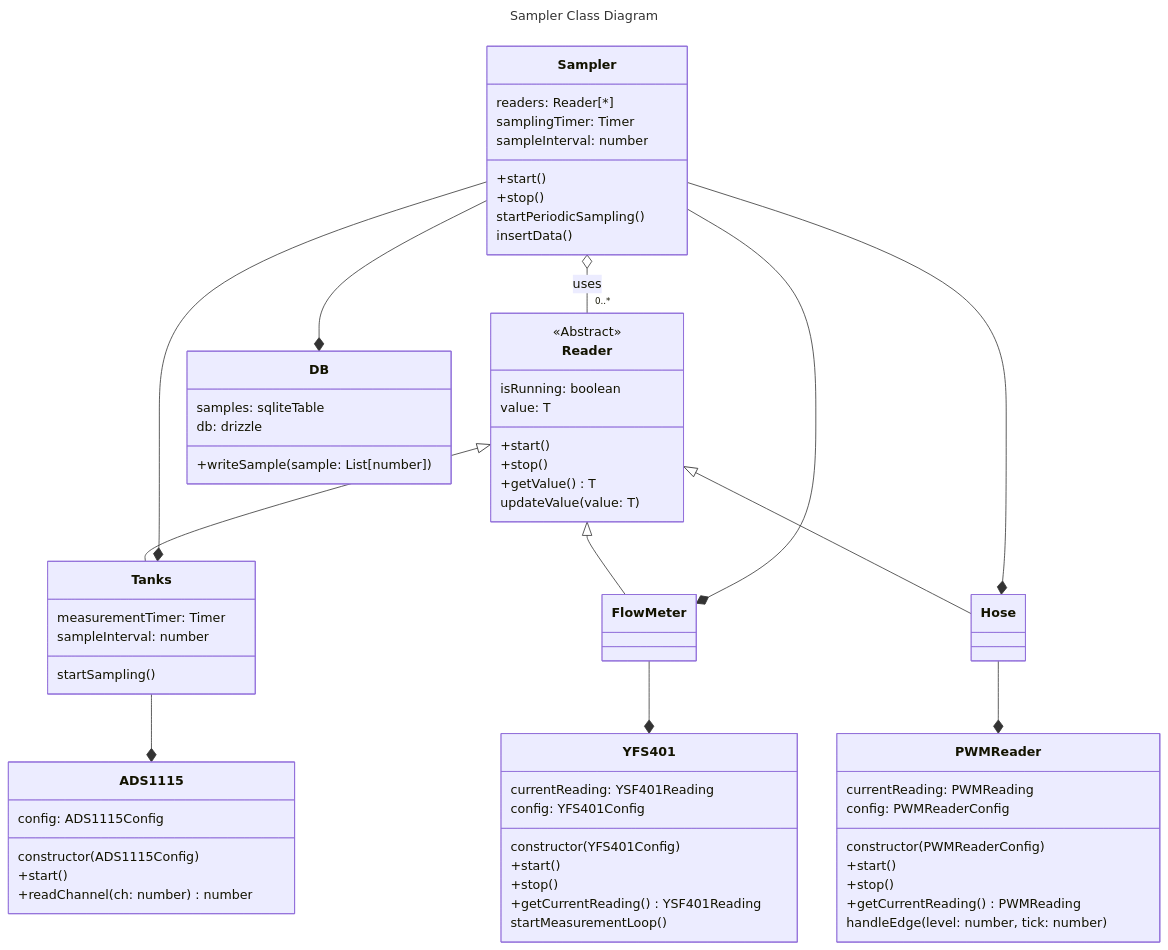
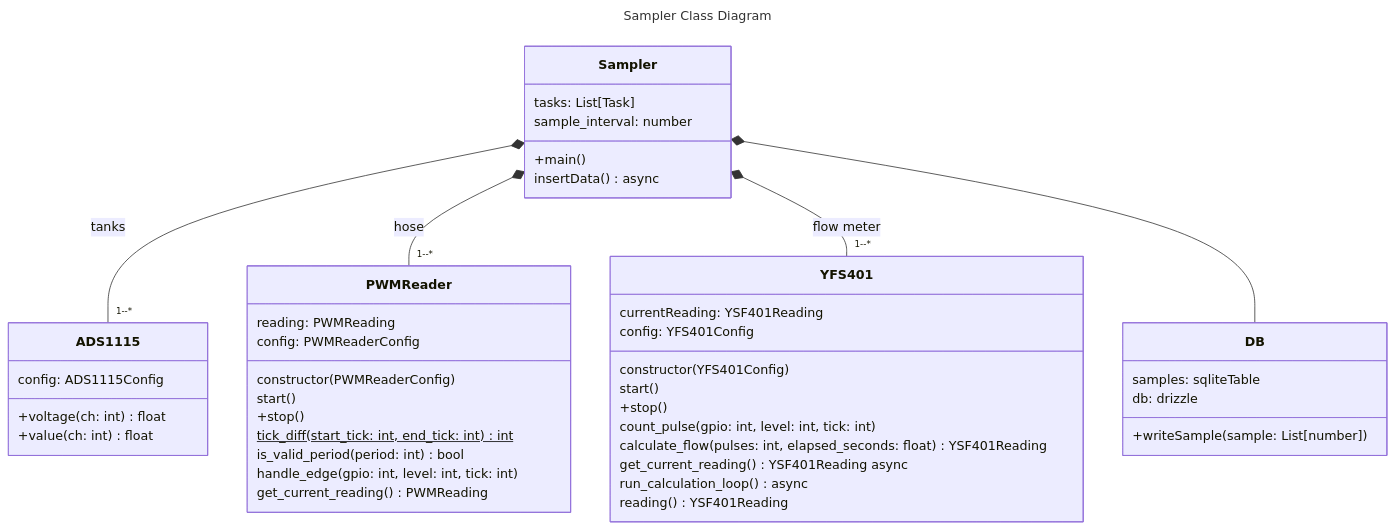
Before and after one commit to AndresSM415/water-level-acquisition-system: the diagram in doc/architecture/diagrams/logger/class-diagram.md, drawn with Mermaid. The commit also changed 10 other files, not shown here.

````diff
--- a/doc/architecture/diagrams/logger/class-diagram.md
+++ b/doc/architecture/diagrams/logger/class-diagram.md
@@ -5,59 +5,43 @@
 classDiagram
 class ADS1115 {
     config: ADS1115Config
-    constructor(ADS1115Config)
-    +start()
-    +readChannel(ch: number) number
+    +voltage(ch: int) float
+    +value(ch: int) float
 }
 
 class PWMReader {
-    currentReading: PWMReading
+    reading: PWMReading
     config: PWMReaderConfig
     constructor(PWMReaderConfig)
-    +start()
+    start()
     +stop()
-    +getCurrentReading() PWMReading
-    handleEdge(level: number, tick: number)
+    tick_diff(start_tick: int, end_tick: int) int$
+    is_valid_period(period: int) bool
+    handle_edge(gpio: int, level: int, tick: int)
+    get_current_reading() PWMReading
 }
 
 class YFS401 {
     currentReading: YSF401Reading
     config: YFS401Config
     constructor(YFS401Config)
-    +start()
+    start()
     +stop()
-    +getCurrentReading() YSF401Reading
-    startMeasurementLoop()
+    count_pulse(gpio: int, level: int, tick: int)
+    calculate_flow(pulses: int, elapsed_seconds: float) YSF401Reading
+    get_current_reading() YSF401Reading async
+    run_calculation_loop() async
+    reading() YSF401Reading
 }
 
+
 class Sampler {
-    readers: Reader[*]
-    samplingTimer: Timer
-    sampleInterval: number
-    +start()
-    +stop()
-    startPeriodicSampling()
-    insertData()
-}
-class Tanks {
-    measurementTimer: Timer
-    sampleInterval: number
-    startSampling()
+    tasks: List[Task]
+    sample_interval: number
+    +main()
+    insertData() async
 }
 
-class FlowMeter
-
-class Hose
-
-class Reader {
-    <<Abstract>>
-    isRunning: boolean
-    value: T
-    +start()
-    +stop()
-    +getValue() T
-    updateValue(value: T)
-}
 
 class DB {
     samples: sqliteTable
@@ -66,21 +50,15 @@
 }
 
 
-Tanks --* ADS1115
-FlowMeter --* YFS401
-    Hose --* PWMReader
-    Reader <|-- Tanks
-    Reader <|-- FlowMeter
-    Reader <|-- Hose
+
 %%    Tanks --|> Reader
 %%    FlowMeter --|> Reader
 %%    Hose --|> Reader
     
 
-Sampler --* Tanks
-Sampler --* FlowMeter
-Sampler --* Hose
-Sampler --* DB
-Sampler o--"0..*" Reader : uses
+Sampler *--"1--*" ADS1115 : tanks
+Sampler *--"1--*" PWMReader: hose
+Sampler *--"1--*" YFS401: flow meter
+Sampler *-- DB
 
 ```
````
